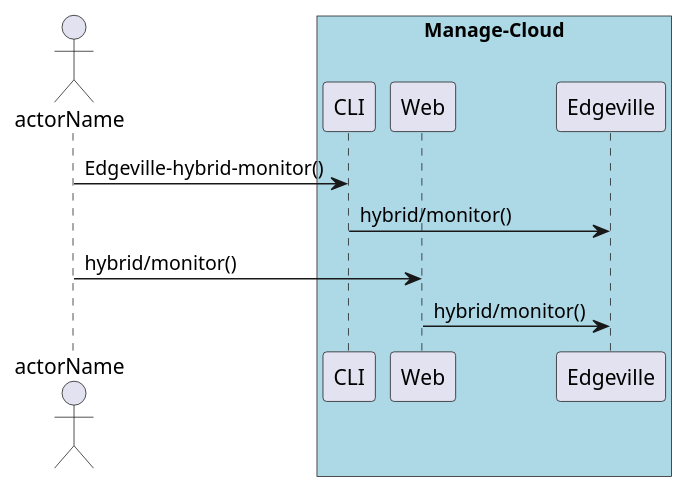
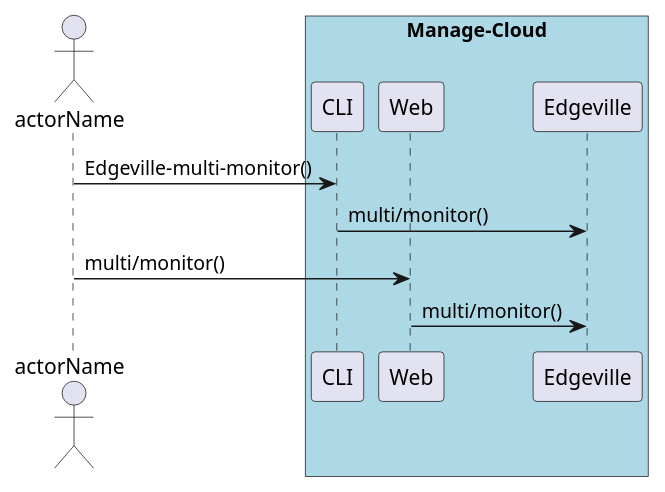
Before and after one commit to CAADE/edgeville: the diagram in docs/UseCases/Manage-Cloud/Monitor-Hybrid-Cloud.puml, drawn with PlantUML. The commit also changed 269 other files, not shown here.

```diff
--- a/docs/UseCases/Manage-Cloud/Monitor-Hybrid-Cloud.puml
+++ b/docs/UseCases/Manage-Cloud/Monitor-Hybrid-Cloud.puml
@@ -1,14 +1,14 @@
 @startuml
 Actor "actorName" as A
 
 box "Manage-Cloud" #lightblue
 participant CLI as CLI
 participant Web as Web
 participant "Edgeville" as S
-A -> CLI : Edgeville-hybrid-monitor()
-CLI -> S : hybrid/monitor()
-A -> Web : hybrid/monitor()
-Web -> S : hybrid/monitor()
+A -> CLI : Edgeville-multi-monitor()
+CLI -> S : multi/monitor()
+A -> Web : multi/monitor()
+Web -> S : multi/monitor()
 end box
 
 @enduml
```
